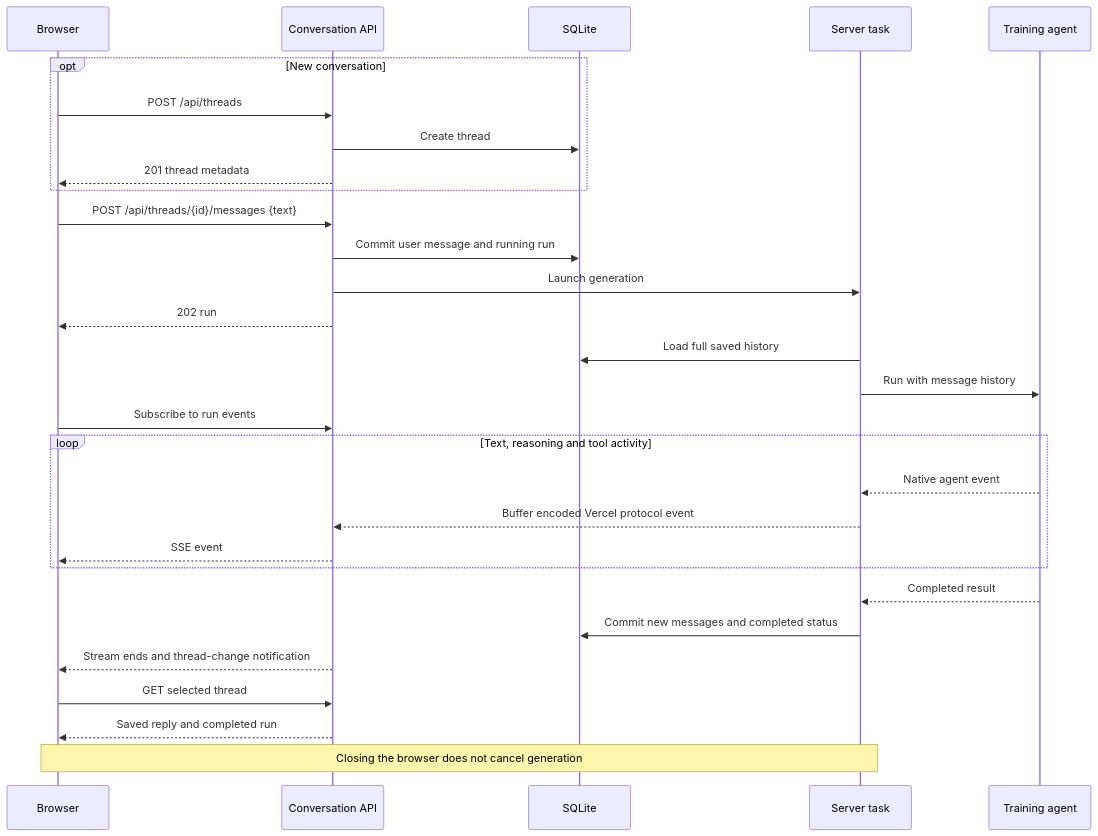
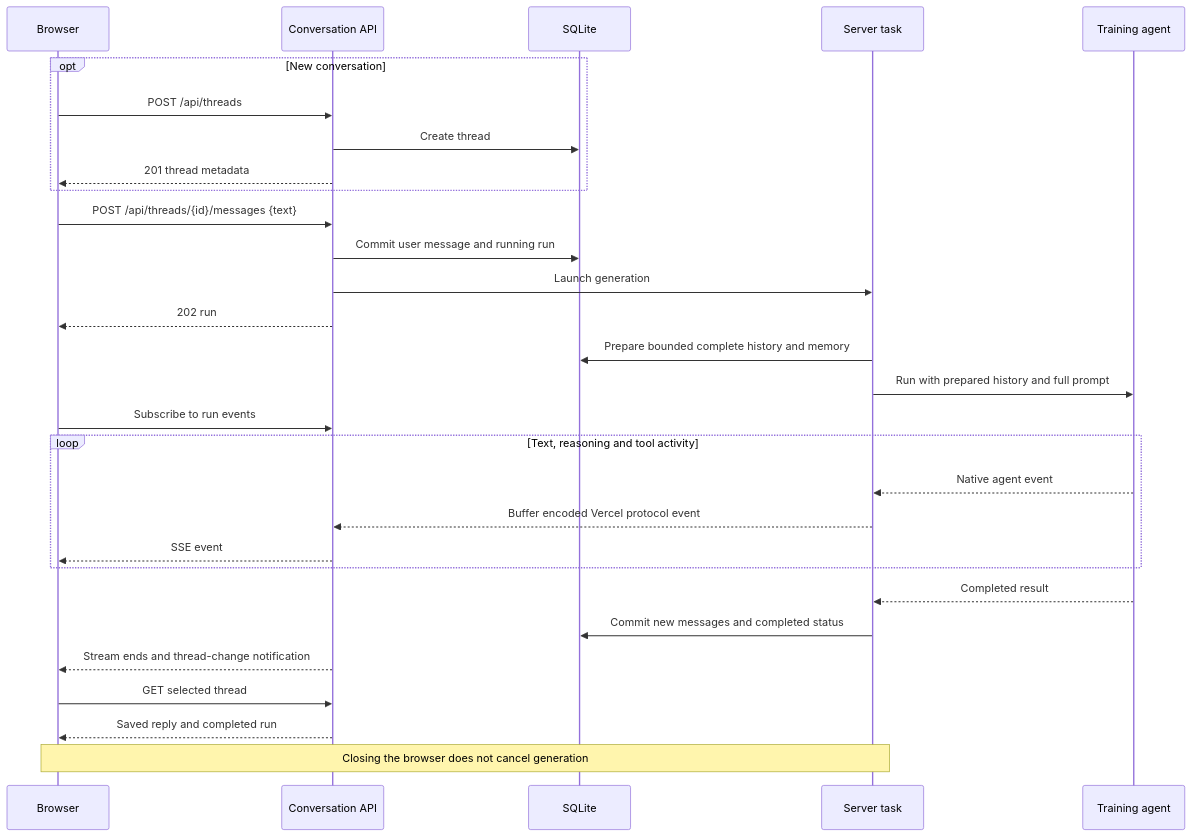
The diagram in docs/frontend-backend.md (atorma/training-ai), drawn with Mermaid before and after one commit. The commit also changed other lines of this file and 38 other files, not shown here.

````diff
--- a/docs/frontend-backend.md
+++ b/docs/frontend-backend.md
@@ -9,32 +9,32 @@
 ```mermaid
 sequenceDiagram
     participant UI as Browser
     participant API as Conversation API
     participant DB as SQLite
     participant Task as Server task
     participant Agent as Training agent
 
     opt New conversation
         UI->>API: POST /api/threads
         API->>DB: Create thread
         API-->>UI: 201 thread metadata
     end
     UI->>API: POST /api/threads/{id}/messages {text}
     API->>DB: Commit user message and running run
     API->>Task: Launch generation
     API-->>UI: 202 run
-    Task->>DB: Load full saved history
-    Task->>Agent: Run with message history
+    Task->>DB: Prepare bounded complete history and memory
+    Task->>Agent: Run with prepared history and full prompt
     UI->>API: Subscribe to run events
     loop Text, reasoning and tool activity
         Agent-->>Task: Native agent event
         Task-->>API: Buffer encoded Vercel protocol event
         API-->>UI: SSE event
     end
     Agent-->>Task: Completed result
     Task->>DB: Commit new messages and completed status
     API-->>UI: Stream ends and thread-change notification
     UI->>API: GET selected thread
     API-->>UI: Saved reply and completed run
     Note over UI,Task: Closing the browser does not cancel generation
 ```
````
